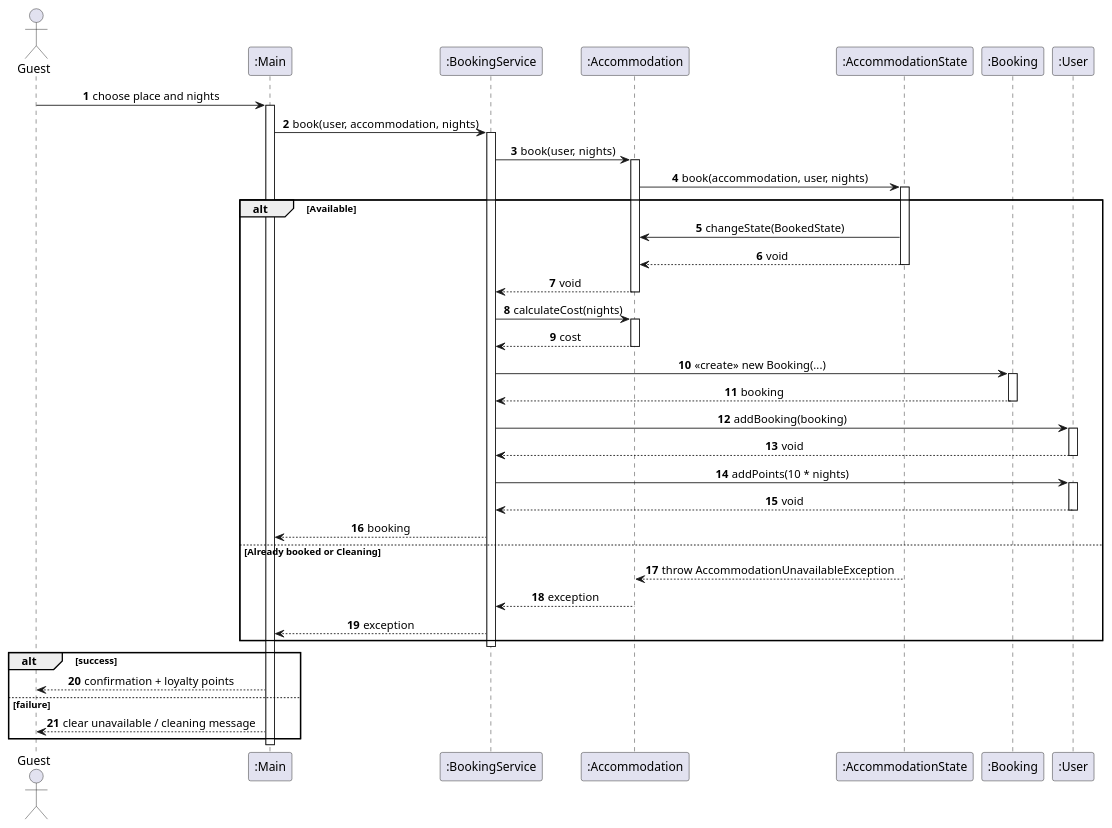
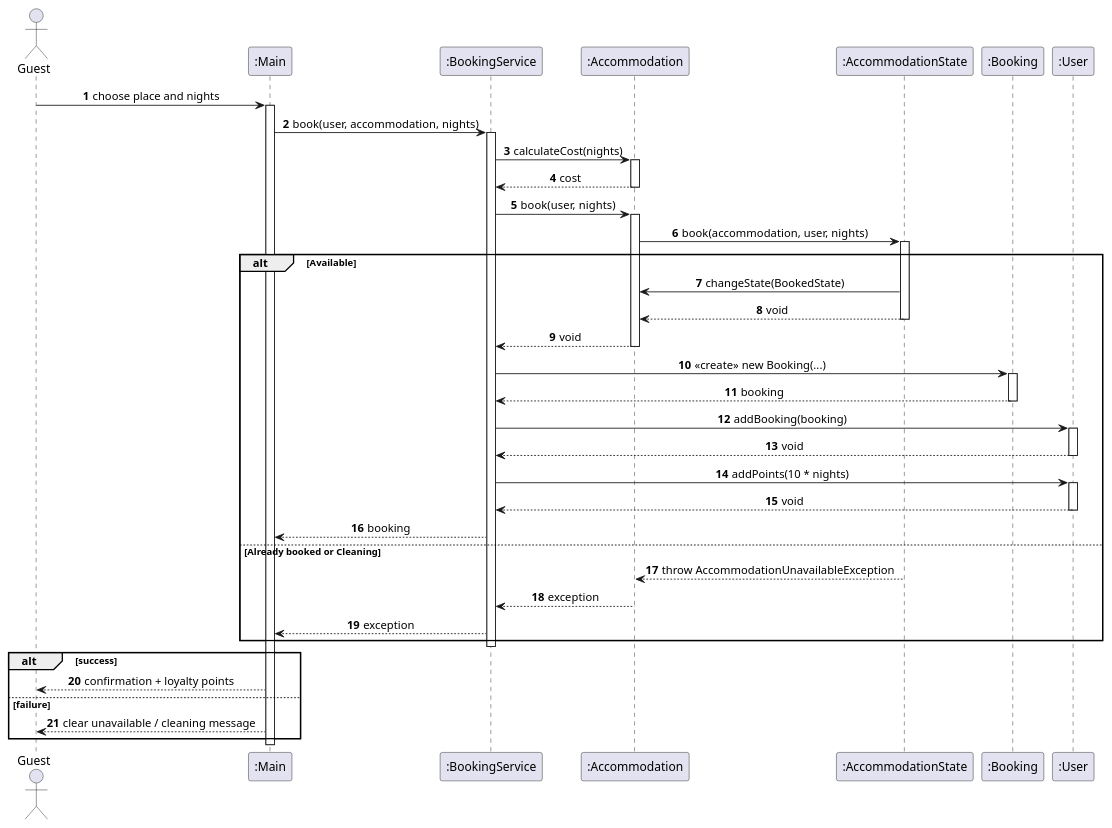
One commit to GLIDARTs/software_modeling changed the diagram in diagrams/sequence-book.puml. Above: the diagram before and after it, drawn with PlantUML. The commit also changed 18 other files, not shown here.

```diff
--- a/diagrams/sequence-book.puml
+++ b/diagrams/sequence-book.puml
@@ -1,67 +1,67 @@
 @startuml SpareBnB_Sequence_Book
 skinparam sequenceMessageAlign center
 autonumber
 
 actor Guest
 participant ":Main" as Main
 participant ":BookingService" as Service
 participant ":Accommodation" as Acc
 participant ":AccommodationState" as State
 participant ":Booking" as Booking
 participant ":User" as User
 
 Guest -> Main : choose place and nights
 activate Main
 Main -> Service : book(user, accommodation, nights)
 activate Service
 
+Service -> Acc : calculateCost(nights)
+activate Acc
+Acc --> Service : cost
+deactivate Acc
+
 Service -> Acc : book(user, nights)
 activate Acc
 Acc -> State : book(accommodation, user, nights)
 activate State
 
 alt Available
   State -> Acc : changeState(BookedState)
   State --> Acc : void
   deactivate State
   Acc --> Service : void
-  deactivate Acc
-
-  Service -> Acc : calculateCost(nights)
-  activate Acc
-  Acc --> Service : cost
   deactivate Acc
 
   Service -> Booking : <<create>> new Booking(...)
   activate Booking
   Booking --> Service : booking
   deactivate Booking
 
   Service -> User : addBooking(booking)
   activate User
   User --> Service : void
   deactivate User
 
   Service -> User : addPoints(10 * nights)
   activate User
   User --> Service : void
   deactivate User
 
   Service --> Main : booking
 else Already booked or Cleaning
   State --> Acc : throw AccommodationUnavailableException
   deactivate State
   Acc --> Service : exception
   deactivate Acc
   Service --> Main : exception
 end
 
 deactivate Service
 
 alt success
   Main --> Guest : confirmation + loyalty points
 else failure
   Main --> Guest : clear unavailable / cleaning message
 end
 deactivate Main
 @enduml
```
